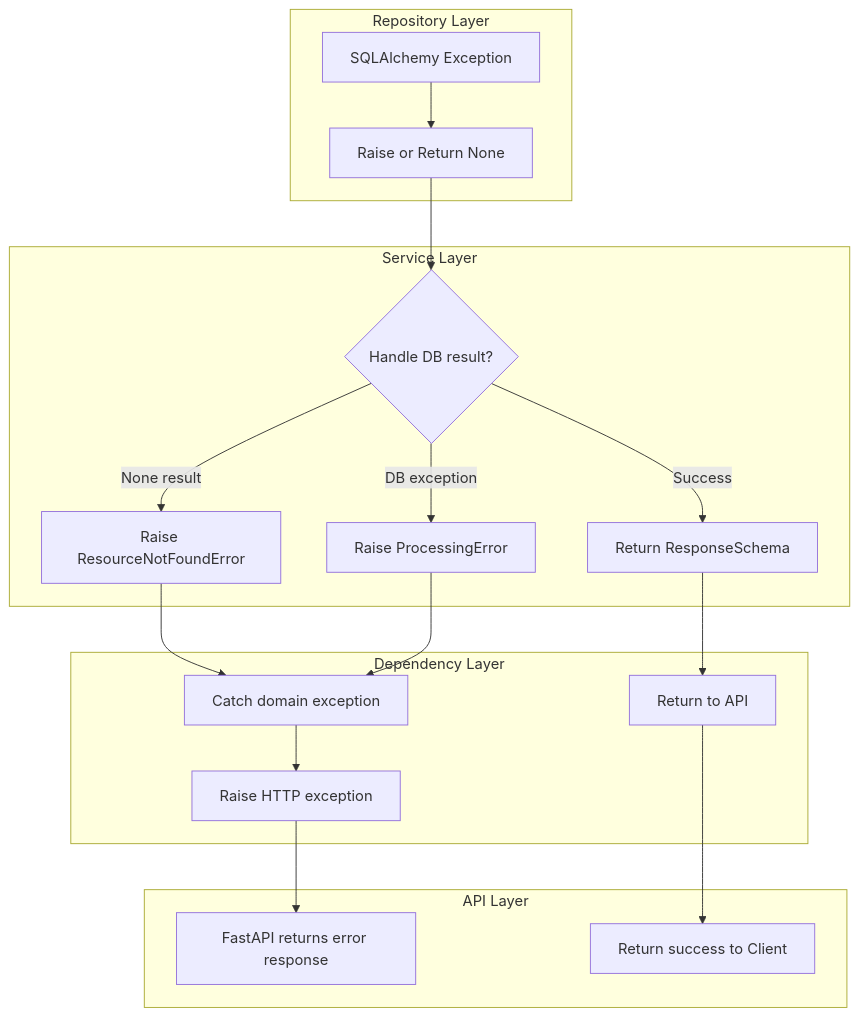
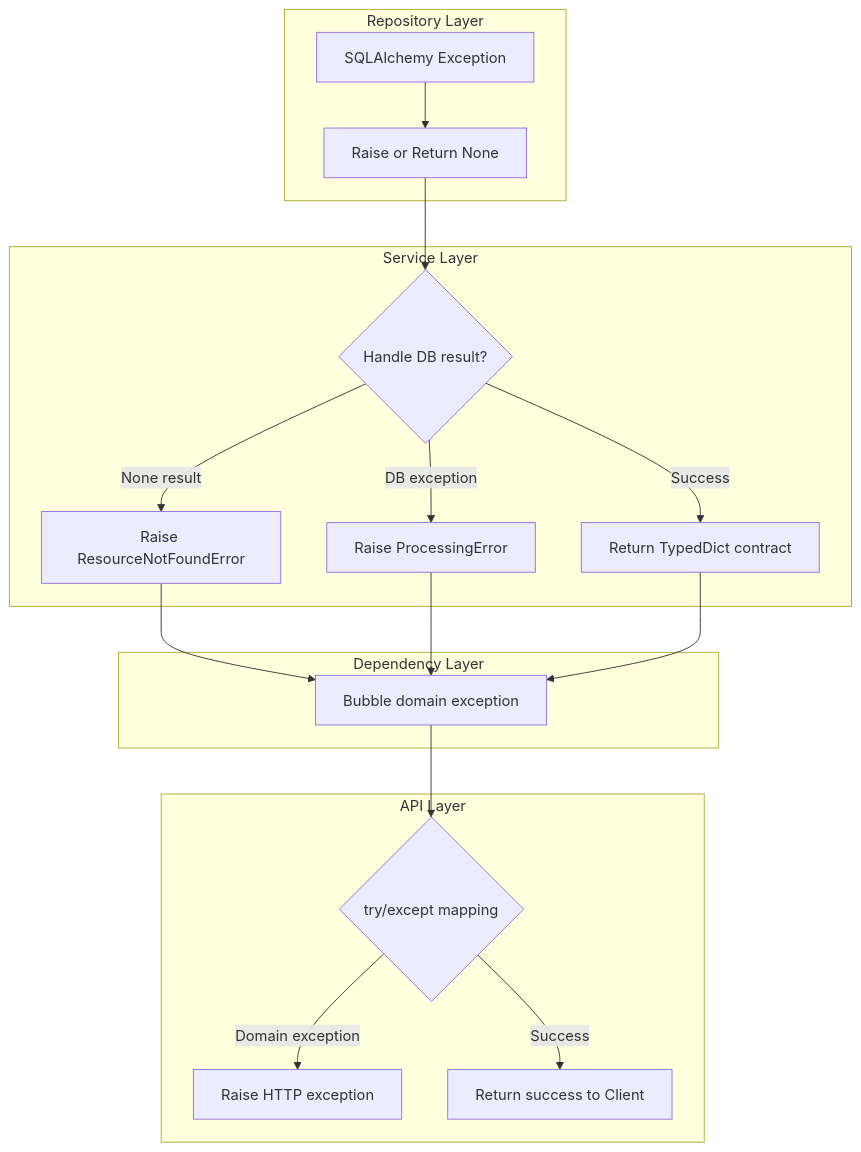
One commit to eslam5464/Fastapi-Template changed the third of 9 diagrams in docs/backend-architecture.md. Above: the diagram before and after it, drawn with Mermaid. The commit also changed other lines of this file, not shown here.

Commit message:
Refactor backend architecture documentation: Enhance exception handling strategy, clarify service contracts, and introduce idempotency controls for write APIs.

````diff
--- a/docs/backend-architecture.md
+++ b/docs/backend-architecture.md
@@ -1460,25 +1456,25 @@
 ```mermaid
 flowchart TD
     subgraph "Repository Layer"
         A[SQLAlchemy Exception] --> B[Raise or Return None]
     end
 
     subgraph "Service Layer"
         B --> C{Handle DB result?}
         C -->|None result| D[Raise ResourceNotFoundError]
         C -->|DB exception| E[Raise ProcessingError]
-        C -->|Success| F[Return ResponseSchema]
+        C -->|Success| F[Return TypedDict contract]
     end
 
     subgraph "Dependency Layer"
-        D --> G[Catch domain exception]
-        E --> G
-        G --> H[Raise HTTP exception]
-        F --> I[Return to API]
+        D --> I[Bubble domain exception]
+        E --> I
+        F --> I
     end
 
     subgraph "API Layer"
-        H --> J[FastAPI returns error response]
-        I --> K[Return success to Client]
+        I --> L{try/except mapping}
+        L -->|Domain exception| J[Raise HTTP exception]
+        L -->|Success| K[Return success to Client]
     end
 ```
````
